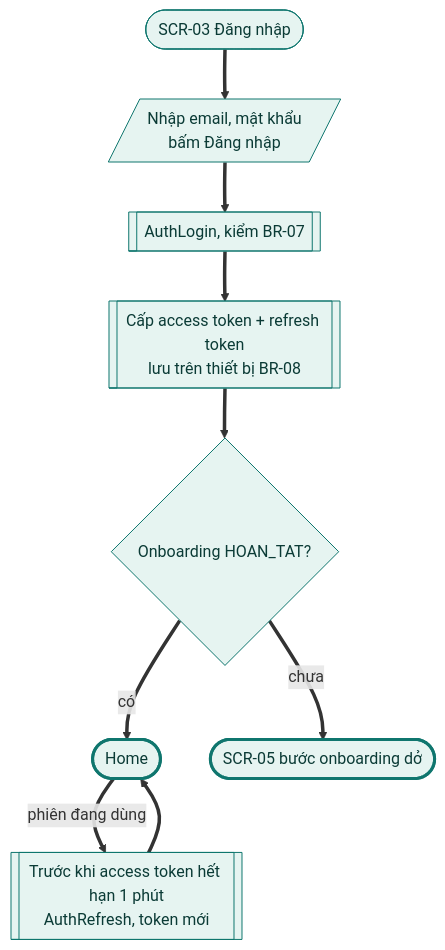
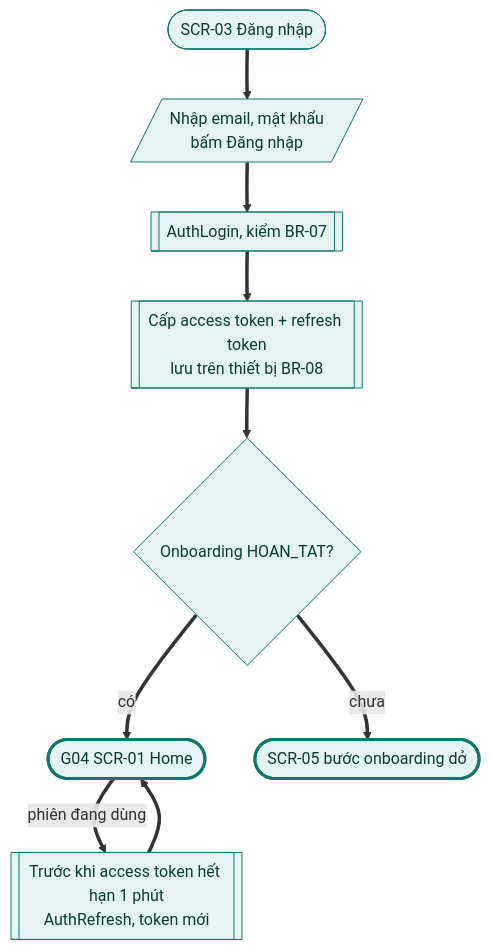
Before and after one commit to tannguyenho/personal-app: the sixth of 27 diagrams in docs/design-brief/flow/g01-tai-khoan.md, drawn with Mermaid. The commit also changed other lines of this file and 6 other files, not shown here.

First line of the commit message:
docs(G01, G10): áp quyết định PO 09/11 vào SRS, PRD, flow; IA trỏ mã mới

````diff
--- a/docs/design-brief/flow/g01-tai-khoan.md
+++ b/docs/design-brief/flow/g01-tai-khoan.md
@@ -280,28 +280,28 @@
 ```mermaid
 flowchart TD
   start(["SCR-03 Đăng nhập"])
   u1[/"Nhập email, mật khẩu<br/>bấm Đăng nhập"/]
   p1[["AuthLogin, kiểm BR-07"]]
   p2[["Cấp access token + refresh token<br/>lưu trên thiết bị BR-08"]]
   d1{"Onboarding HOAN_TAT?"}
-  ok(["Home"])
+  ok(["G04 SCR-01 Home"])
   ok2(["SCR-05 bước onboarding dở"])
   p3[["Trước khi access token hết hạn 1 phút<br/>AuthRefresh, token mới"]]
 
   start ==> u1 ==> p1 ==> p2 ==> d1
   d1 ==>|"có"| ok
   d1 ==>|"chưa"| ok2
   ok ==>|"phiên đang dùng"| p3 ==> ok
 
   class start,u1,p1,p2,d1,p3 happy
   class ok,ok2 done
   classDef happy fill:#E6F4F1,stroke:#0F766E,color:#0B3B36
   classDef alt fill:#F1F3F5,stroke:#6B7280,color:#1F2937
   classDef err fill:#FDECEC,stroke:#B42318,color:#5C1010
   classDef warn fill:#FEF4E2,stroke:#B45309,color:#4A2604
   classDef ai fill:#F1ECFD,stroke:#6D28D9,color:#2E1065
   classDef sync fill:#FFFFFF,stroke:#6B7280,stroke-dasharray:4 3,color:#1F2937
   classDef link fill:#FFFFFF,stroke:#0F766E,stroke-dasharray:4 3,color:#0B3B36
   classDef done fill:#E6F4F1,stroke:#0F766E,stroke-width:3px,color:#0B3B36
   classDef fail fill:#FDECEC,stroke:#B42318,stroke-width:3px,color:#5C1010
 ```
````
